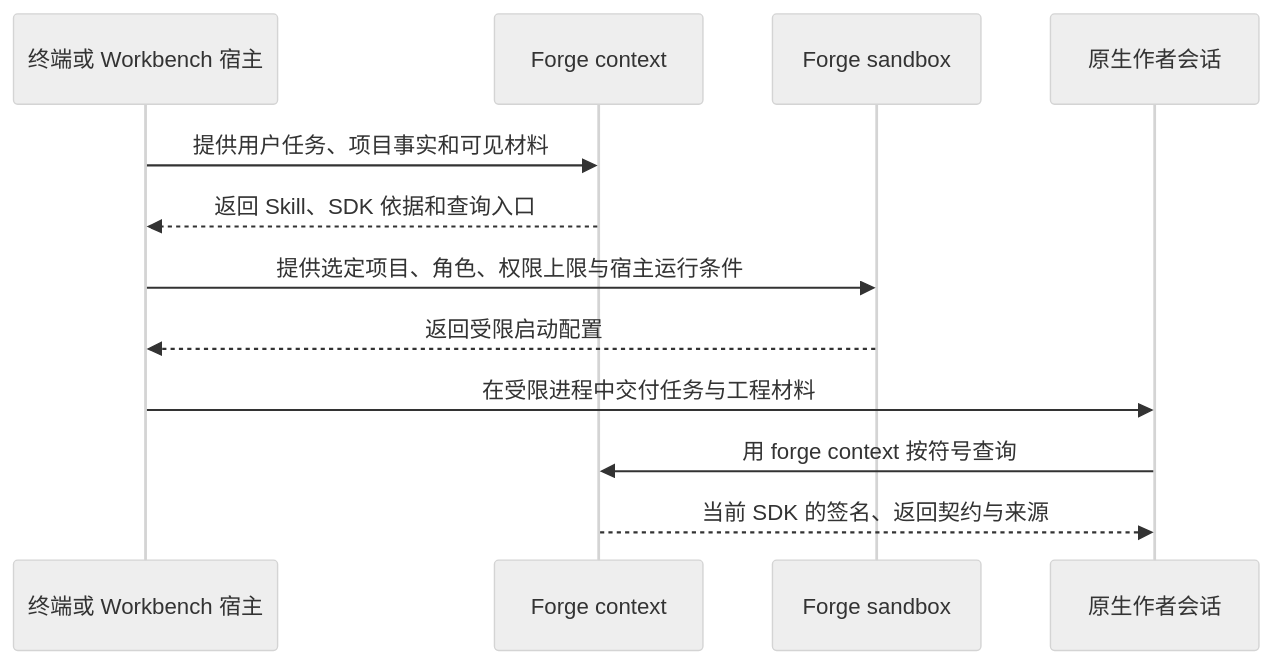
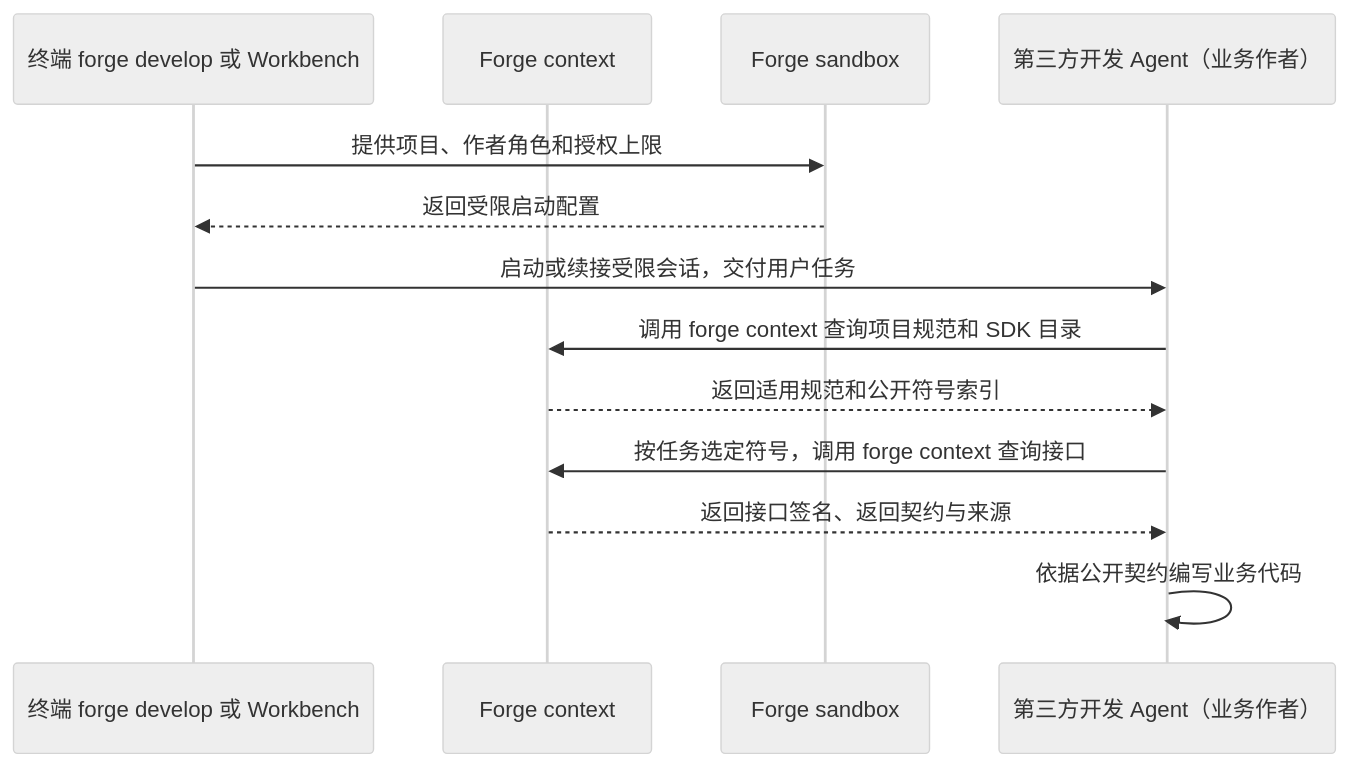
Before and after one commit to vincent9299/demiflow: the third of 14 diagrams in docs/demiflow-architecture.md, drawn with Mermaid (neutral theme). The commit also changed other lines of this file, not shown here.

Commit message:
Show the third-party coding agent as the Pipeline author

````diff
--- a/docs/demiflow-architecture.md
+++ b/docs/demiflow-architecture.md
@@ -128,14 +138,15 @@
 ```mermaid
 sequenceDiagram
-    participant H as 终端或 Workbench 宿主
+    participant H as 终端 forge develop 或 Workbench
     participant C as Forge context
     participant S as Forge sandbox
-    participant A as 原生作者会话
-    H->>C: 提供用户任务、项目事实和可见材料
-    C-->>H: 返回 Skill、SDK 依据和查询入口
-    H->>S: 提供选定项目、角色、权限上限与宿主运行条件
+    participant A as 第三方开发 Agent（业务作者）
+    H->>S: 提供项目、作者角色和授权上限
     S-->>H: 返回受限启动配置
-    H->>A: 在受限进程中交付任务与工程材料
-    A->>C: 用 forge context 按符号查询
-    C-->>A: 当前 SDK 的签名、返回契约与来源
+    H->>A: 启动或续接受限会话，交付用户任务
+    A->>C: 调用 forge context 查询项目规范和 SDK 目录
+    C-->>A: 返回适用规范和公开符号索引
+    A->>C: 按任务选定符号，调用 forge context 查询接口
+    C-->>A: 返回接口签名、返回契约与来源
+    A->>A: 依据公开契约编写业务代码
 ```
````
